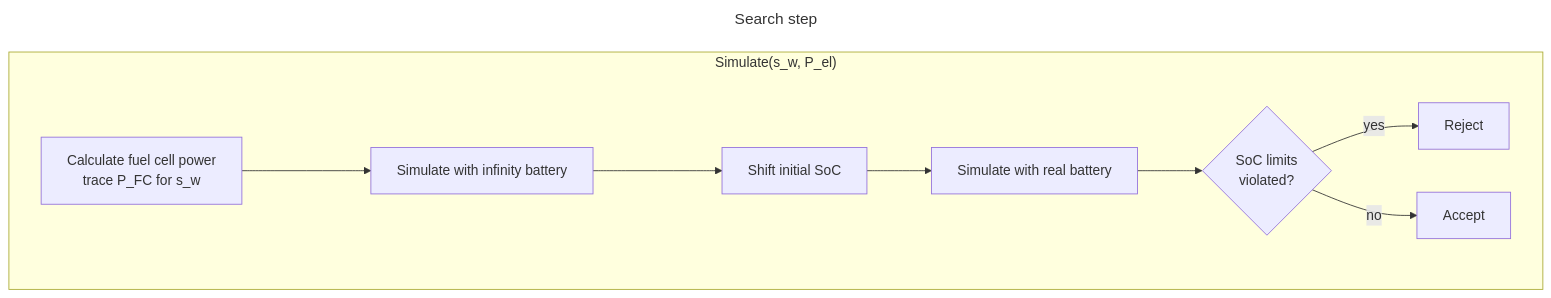
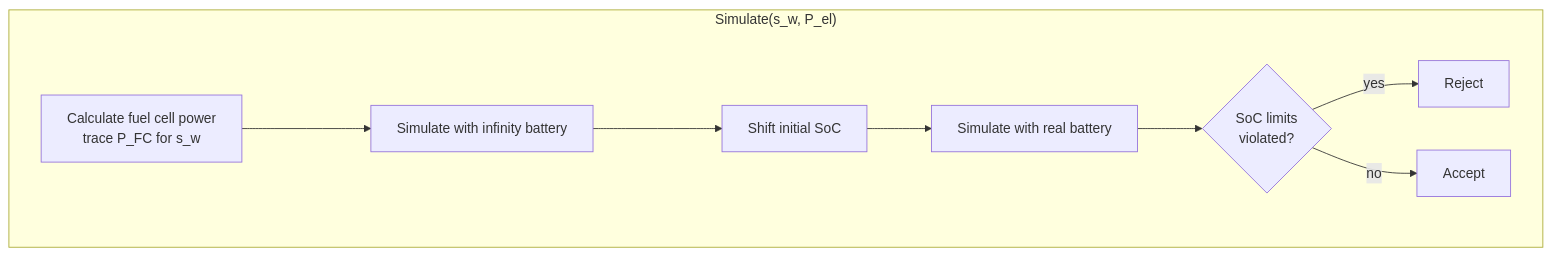
One commit to tanawadeatharva/BharatVECTO changed the third of 3 diagrams in Documentation/User Manual/3-simulation-models/FuelCell.md. Above: the diagram before and after it, drawn with Mermaid. The commit also changed other lines of this file and 2 other files, not shown here.

````diff
--- a/Documentation/User Manual/3-simulation-models/FuelCell.md
+++ b/Documentation/User Manual/3-simulation-models/FuelCell.md
@@ -112,24 +107,21 @@
 ```mermaid
----
-title: Search step
----
 flowchart TB
     subgraph "Simulate(s_w, P_el)"
     C["Calculate fuel cell power
     trace P_FC for s_w"]
     SI["Simulate with infinity battery"]
     SR["Simulate with real battery"]
     Shift["Shift initial SoC"]
     V{"SoC limits 
     violated?"}
     A[Accept]
     R[Reject]
 
     C--->SI
     SI--->Shift
     Shift-->SR
     SR --> V
     V --"yes"--> R
     V --"no" --> A
     end
 ```
````
